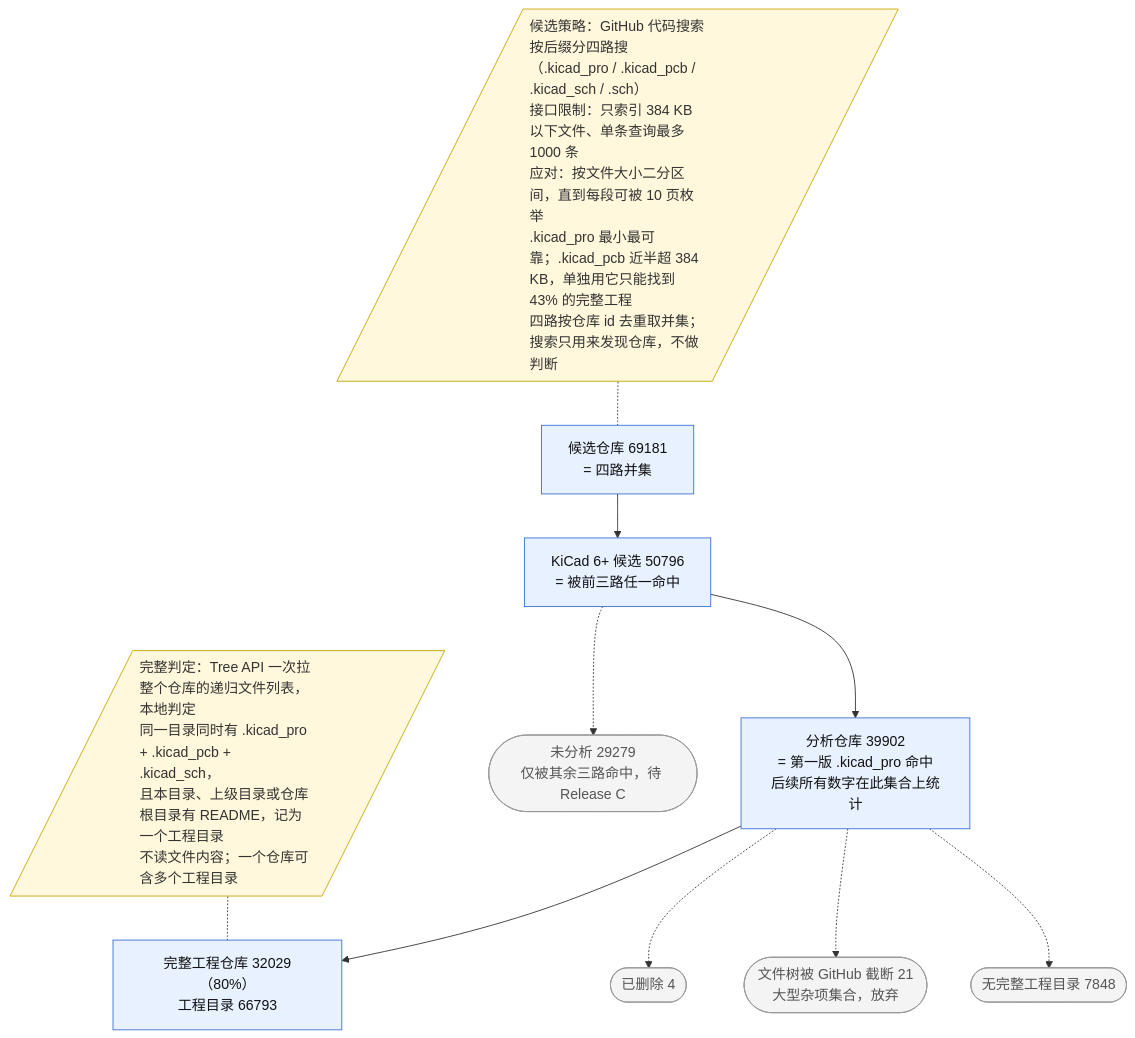
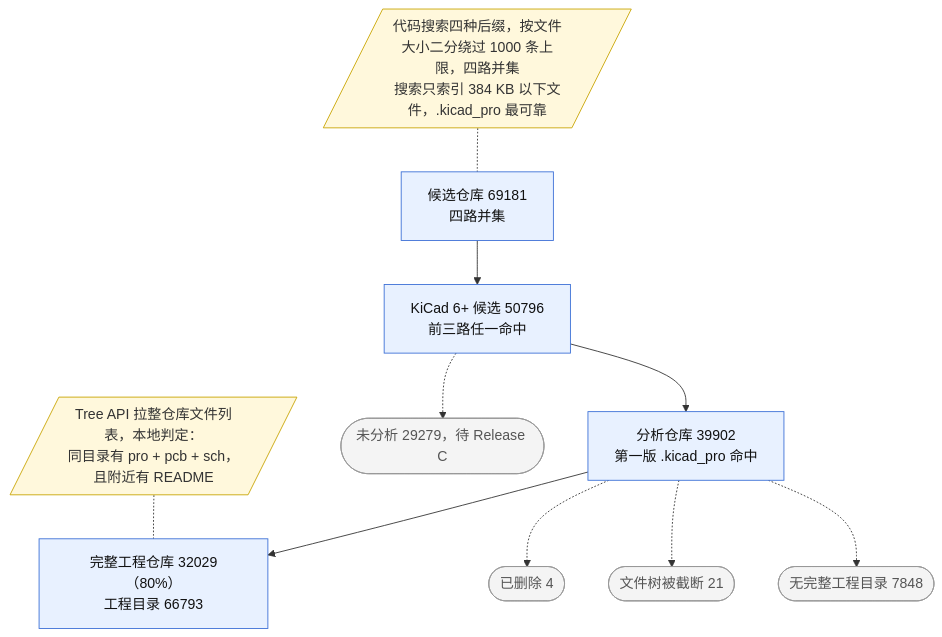
The second of 5 diagrams in reports/progress_report.md (Xiafyjck/github_kicad_project_scout), drawn with Mermaid before and after one commit. The commit also changed other lines of this file, not shown here.

Commit message:
reports: shorter diagram notes, add an unannotated overview sieve (figure 0)

````diff
--- a/reports/progress_report.md
+++ b/reports/progress_report.md
@@ -95,27 +133,26 @@
 ```mermaid
 flowchart TB
-    classDef note fill:#fff8dc,stroke:#c9a400,color:#333,text-align:left
+    classDef note fill:#fff8dc,stroke:#c9a400,color:#333
     classDef exit fill:#f4f4f4,stroke:#999,color:#555
     classDef keep fill:#e8f1ff,stroke:#3b6fd6,color:#111
 
-    N1[/"候选策略：GitHub 代码搜索按后缀分四路搜（.kicad_pro / .kicad_pcb / .kicad_sch / .sch）<br/>接口限制：只索引 384 KB 以下文件、单条查询最多 1000 条<br/>应对：按文件大小二分区间，直到每段可被 10 页枚举<br/>.kicad_pro 最小最可靠；.kicad_pcb 近半超 384 KB，单独用它只能找到 43% 的完整工程<br/>四路按仓库 id 去重取并集；搜索只用来发现仓库，不做判断"/]:::note
-    C[候选仓库 69181<br/>= 四路并集]:::keep
-    C6[KiCad 6+ 候选 50796<br/>= 被前三路任一命中]:::keep
-    A[分析仓库 39902<br/>= 第一版 .kicad_pro 命中<br/>后续所有数字在此集合上统计]:::keep
-    CX([未分析 29279<br/>仅被其余三路命中，待 Release C]):::exit
-
-    N2[/"完整判定：Tree API 一次拉整个仓库的递归文件列表，本地判定<br/>同一目录同时有 .kicad_pro + .kicad_pcb + .kicad_sch，<br/>且本目录、上级目录或仓库根目录有 README，记为一个工程目录<br/>不读文件内容；一个仓库可含多个工程目录"/]:::note
+    N1[/"代码搜索四种后缀，按文件大小二分绕过 1000 条上限，四路并集<br/>搜索只索引 384 KB 以下文件，.kicad_pro 最可靠"/]:::note
+    C[候选仓库 69181<br/>四路并集]:::keep
+    C6[KiCad 6+ 候选 50796<br/>前三路任一命中]:::keep
+    A[分析仓库 39902<br/>第一版 .kicad_pro 命中]:::keep
+    CX([未分析 29279，待 Release C]):::exit
+    N2[/"Tree API 拉整仓库文件列表，本地判定：<br/>同目录有 pro + pcb + sch，且附近有 README"/]:::note
     Q[完整工程仓库 32029（80%）<br/>工程目录 66793]:::keep
     AX1([已删除 4]):::exit
-    AX2([文件树被 GitHub 截断 21<br/>大型杂项集合，放弃]):::exit
+    AX2([文件树被截断 21]):::exit
     AX3([无完整工程目录 7848]):::exit
 
     N1 -.- C
     C --> C6 --> A
     C6 -.-> CX
     N2 -.- Q
     A --> Q
     A -.-> AX1
     A -.-> AX2
     A -.-> AX3
 ```
````
